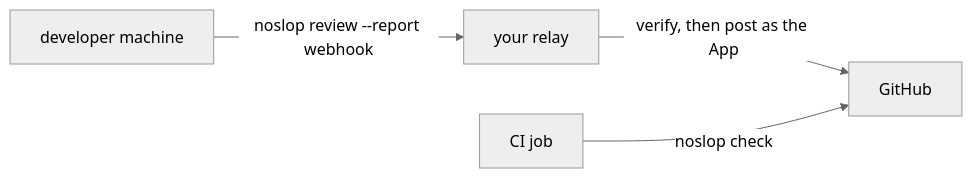
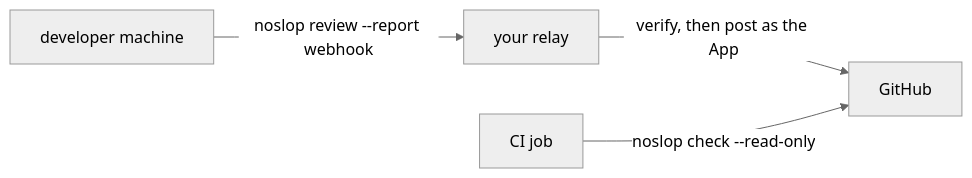
The diagram in docs/guides/enforce-a-review-with-a-relay.md (zgeoff/noslop), drawn with Mermaid (neutral theme) before and after one commit. The commit also changed other lines of this file and 14 other files, not shown here.

First line of the commit message:
feat(geo-1557): check a pull request read-only with the job's token (#75)

````diff
--- a/docs/guides/enforce-a-review-with-a-relay.md
+++ b/docs/guides/enforce-a-review-with-a-relay.md
@@ -9,6 +10,6 @@
 ```mermaid
 flowchart LR
   dev[developer machine] -->|noslop review --report webhook| relay[your relay]
   relay -->|verify, then post as the App| github[GitHub]
-  ci[CI job] -->|noslop check| github
+  ci[CI job] -->|noslop check --read-only| github
 ```
````
